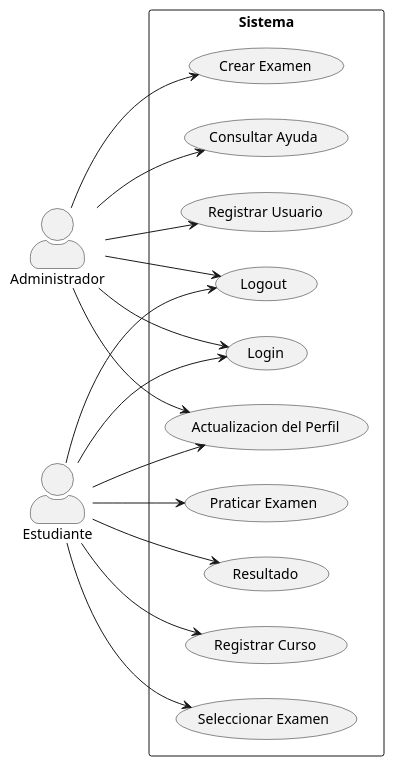
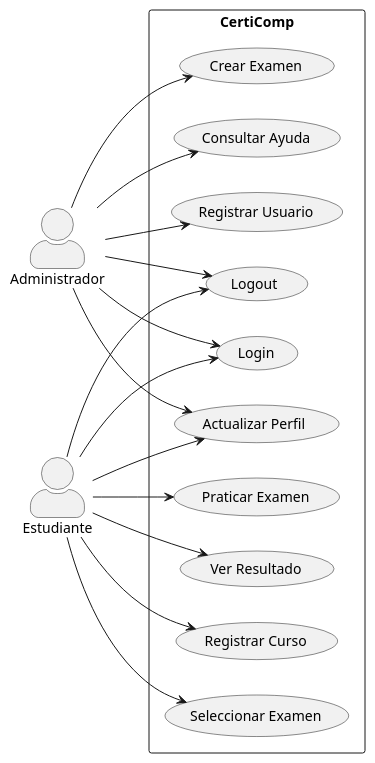
One commit to febres35/EdTech_IS changed the diagram in docs/scenariosView/diagramaCasoDeUso.plantuml. Above: the diagram before and after it, drawn with PlantUML.

Commit message:
Ajustes aplicados

```diff
--- a/docs/scenariosView/diagramaCasoDeUso.plantuml
+++ b/docs/scenariosView/diagramaCasoDeUso.plantuml
@@ -1,42 +1,38 @@
 @startuml
 left to right direction
 
 skinparam actorStyle awesome
 
-
-
-
-
-rectangle Sistema{
+rectangle CertiComp {
   usecase " Login" as UC1
   usecase " Registrar Usuario" as UC2
   usecase " Registrar Curso" as UC3
-  usecase "Seleccionar Examen" as UC4
-  usecase "Praticar Examen" as UC5
-  usecase " Resultado" as UC6
+  usecase " Seleccionar Examen" as UC4
+  usecase " Praticar Examen" as UC5
+  usecase " Ver Resultado" as UC6
   usecase " Crear Examen" as UC7
-  usecase "Consultar Ayuda" as UC8
+  usecase " Consultar Ayuda" as UC8
   usecase " Logout " as UC9
-  usecase "  Actualizacion del Perfil " as UC10
+  usecase " Actualizar Perfil " as UC10
 
 
 }
  Administrador--> UC7
 Administrador --> UC2
  Administrador--> UC1
  Estudiante--> UC1
  
  Estudiante--> UC3
  Estudiante--> UC4
  Estudiante--> UC5
  Estudiante--> UC6
  Administrador--> UC8
  Administrador--> UC9
  Estudiante--> UC9
 Estudiante--> UC10
 Administrador--> UC10
  
  
  
 
 @enduml
```
